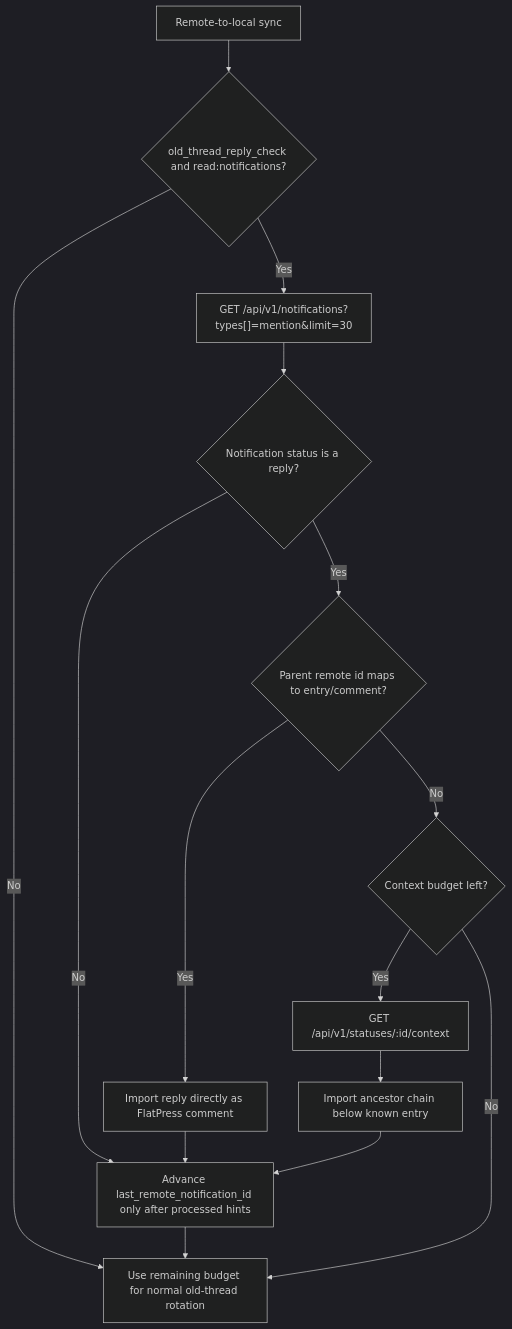
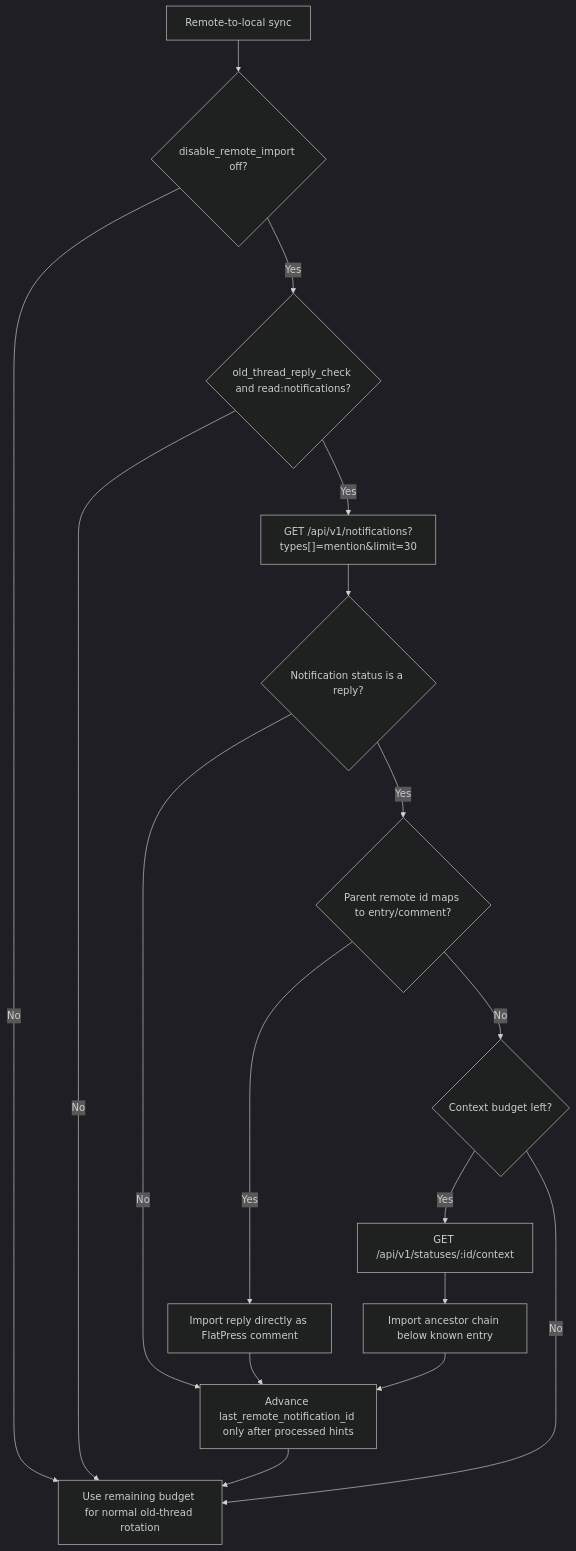
One commit to flatpressblog/flatpress changed diagram 12 of 43 in fp-plugins/mastodon/developer-docs/06-Process-Flow.md. Above: the diagram before and after it, drawn with Mermaid (dark theme). The commit also changed other lines of this file and 26 other files, not shown here.

````diff
--- a/fp-plugins/mastodon/developer-docs/06-Process-Flow.md
+++ b/fp-plugins/mastodon/developer-docs/06-Process-Flow.md
@@ -399,25 +436,28 @@
 ```mermaid
 flowchart TD
     Start["Remote-to-local sync"]
+    ImportEnabled{"disable_remote_import off?"}
     Scope{"old_thread_reply_check and read:notifications?"}
     Fetch["GET /api/v1/notifications?types[]=mention&limit=30"]
     Reply{"Notification status is a reply?"}
     ParentKnown{"Parent remote id maps to entry/comment?"}
     Direct["Import reply directly as FlatPress comment"]
     Budget{"Context budget left?"}
     Context["GET /api/v1/statuses/:id/context"]
     ImportChain["Import ancestor chain below known entry"]
     Rotate["Use remaining budget for normal old-thread rotation"]
     Cursor["Advance last_remote_notification_id only after processed hints"]
 
-    Start --> Scope
+    Start --> ImportEnabled
+    ImportEnabled -- "No" --> Rotate
+    ImportEnabled -- "Yes" --> Scope
     Scope -- "No" --> Rotate
     Scope -- "Yes" --> Fetch --> Reply
     Reply -- "No" --> Cursor
     Reply -- "Yes" --> ParentKnown
     ParentKnown -- "Yes" --> Direct --> Cursor
     ParentKnown -- "No" --> Budget
     Budget -- "Yes" --> Context --> ImportChain --> Cursor
     Budget -- "No" --> Rotate
     Cursor --> Rotate
 ```
````
